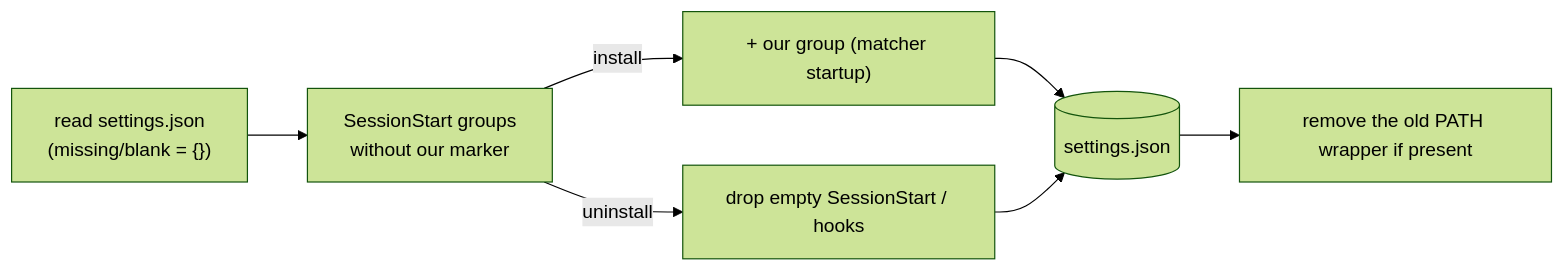
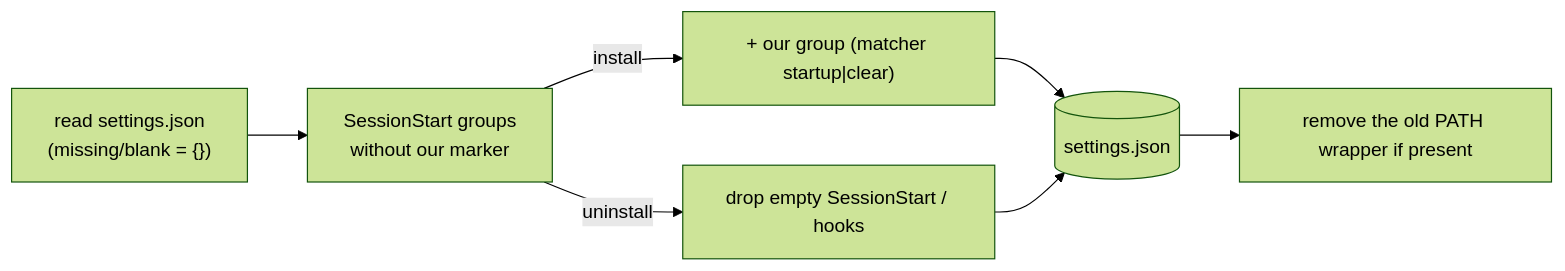
One commit to cheneeheng/claude-code-command-center changed the fourth of 4 diagrams in tools/session-name-date-prefixer/product/ARCHITECTURE.md. Above: the diagram before and after it, drawn with Mermaid (forest theme). The commit also changed other lines of this file and 7 other files, not shown here.

````diff
--- a/tools/session-name-date-prefixer/product/ARCHITECTURE.md
+++ b/tools/session-name-date-prefixer/product/ARCHITECTURE.md
@@ -59,7 +59,7 @@
 ```mermaid
 flowchart LR
     read["read settings.json<br/>(missing/blank = {})"] --> filter["SessionStart groups<br/>without our marker"]
-    filter -->|install| add["+ our group (matcher startup)"] --> save[("settings.json")]
+    filter -->|install| add["+ our group (matcher startup|clear)"] --> save[("settings.json")]
     filter -->|uninstall| drop["drop empty SessionStart / hooks"] --> save
     save --> old["remove the old PATH wrapper if present"]
 ```
````
